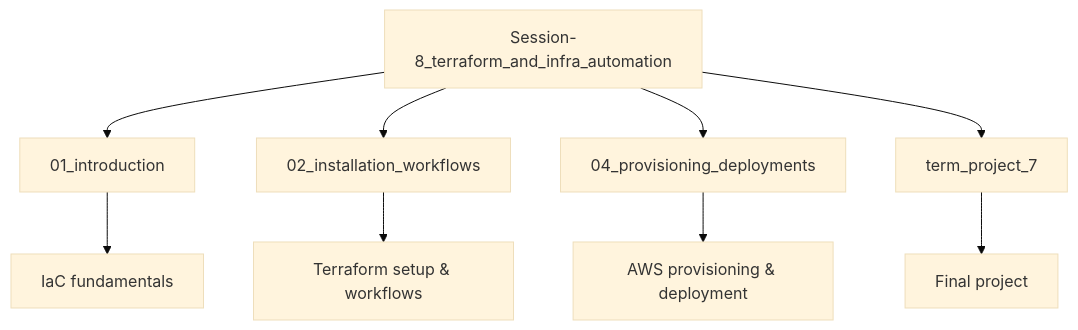
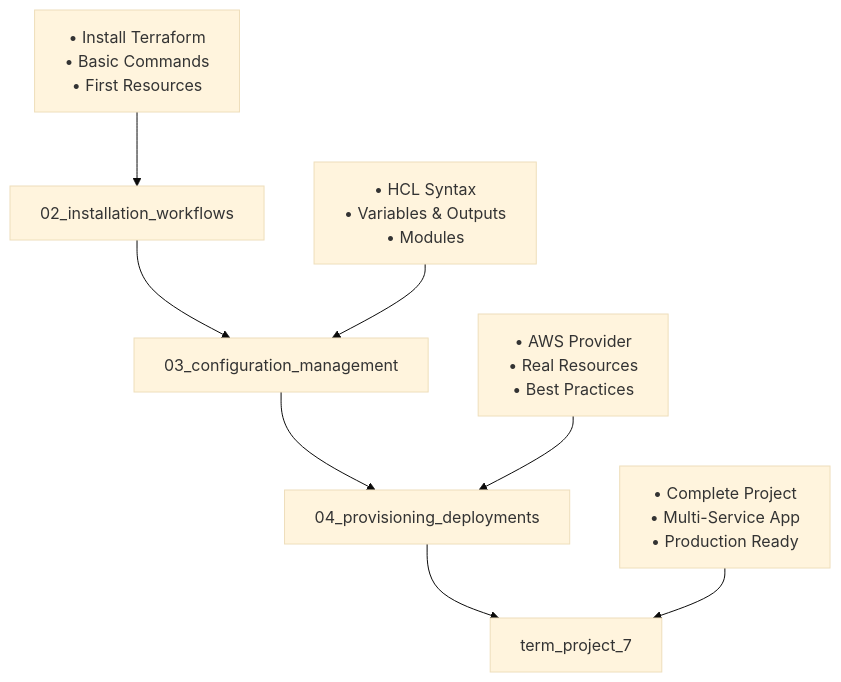
The third of 3 diagrams in Section-2-DevOps/Session-8_terraform_and_infra_automation/README.md (manikcloud/cloud-devops-learning-path), drawn with Mermaid (base theme) before and after one commit. The commit also changed other lines of this file and 7 other files, not shown here.

````diff
--- a/Section-2-DevOps/Session-8_terraform_and_infra_automation/README.md
+++ b/Section-2-DevOps/Session-8_terraform_and_infra_automation/README.md
@@ -212,12 +121,11 @@
 ```mermaid
 graph TD
-    A[Session-8_terraform_and_infra_automation] --> B[01_introduction]
-    A --> C[02_installation_workflows]
-    A --> D[04_provisioning_deployments]
-    A --> E[term_project_7]
+    A[02_installation_workflows] --> B[03_configuration_management]
+    B --> C[04_provisioning_deployments]
+    C --> D[term_project_7]
     
-    B --> B1[IaC fundamentals]
-    C --> C1[Terraform setup & workflows]
-    D --> D1[AWS provisioning & deployment]
-    E --> E1[Final project]
+    A1[• Install Terraform<br/>• Basic Commands<br/>• First Resources] --> A
+    B1[• HCL Syntax<br/>• Variables & Outputs<br/>• Modules] --> B
+    C1[• AWS Provider<br/>• Real Resources<br/>• Best Practices] --> C
+    D1[• Complete Project<br/>• Multi-Service App<br/>• Production Ready] --> D
 ```
````
